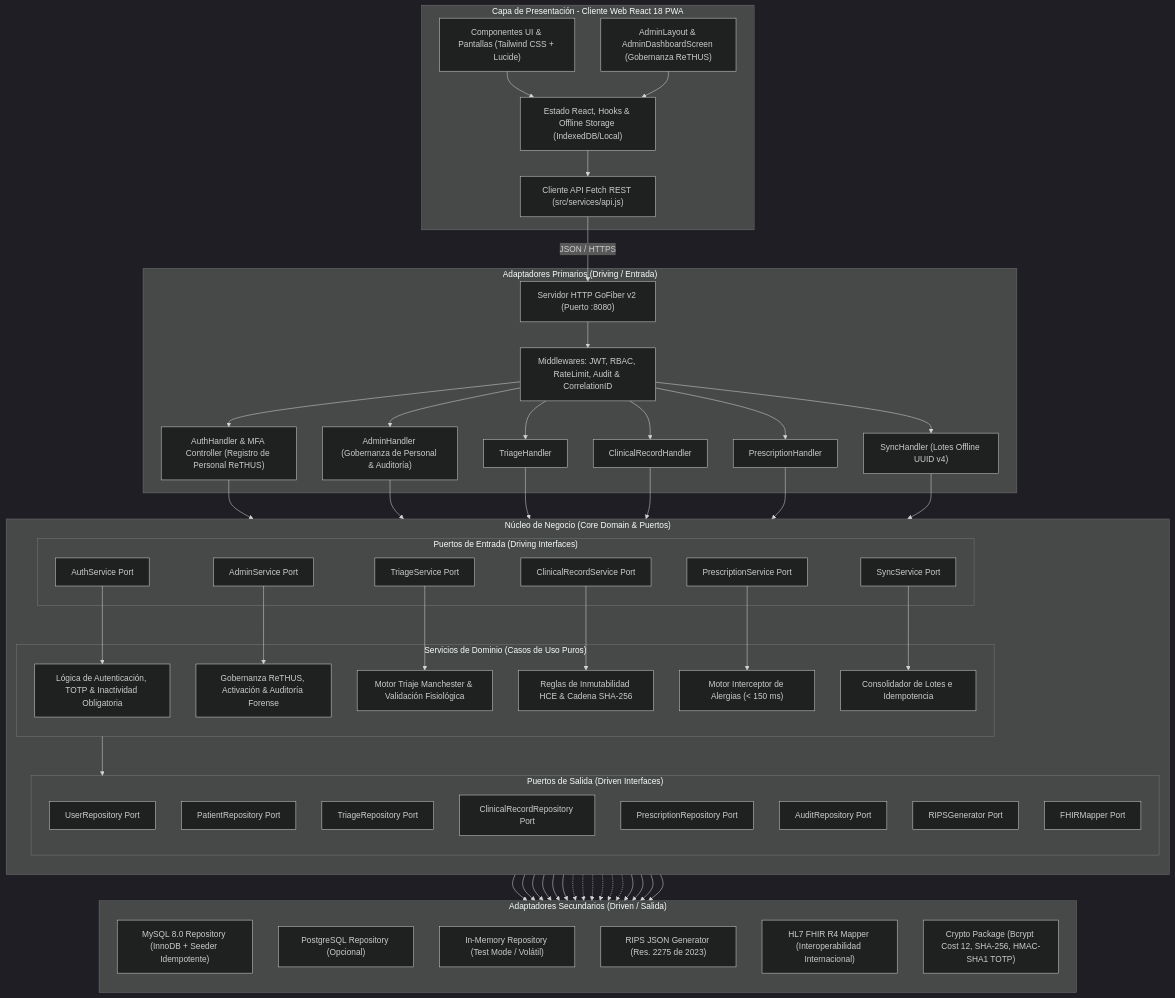
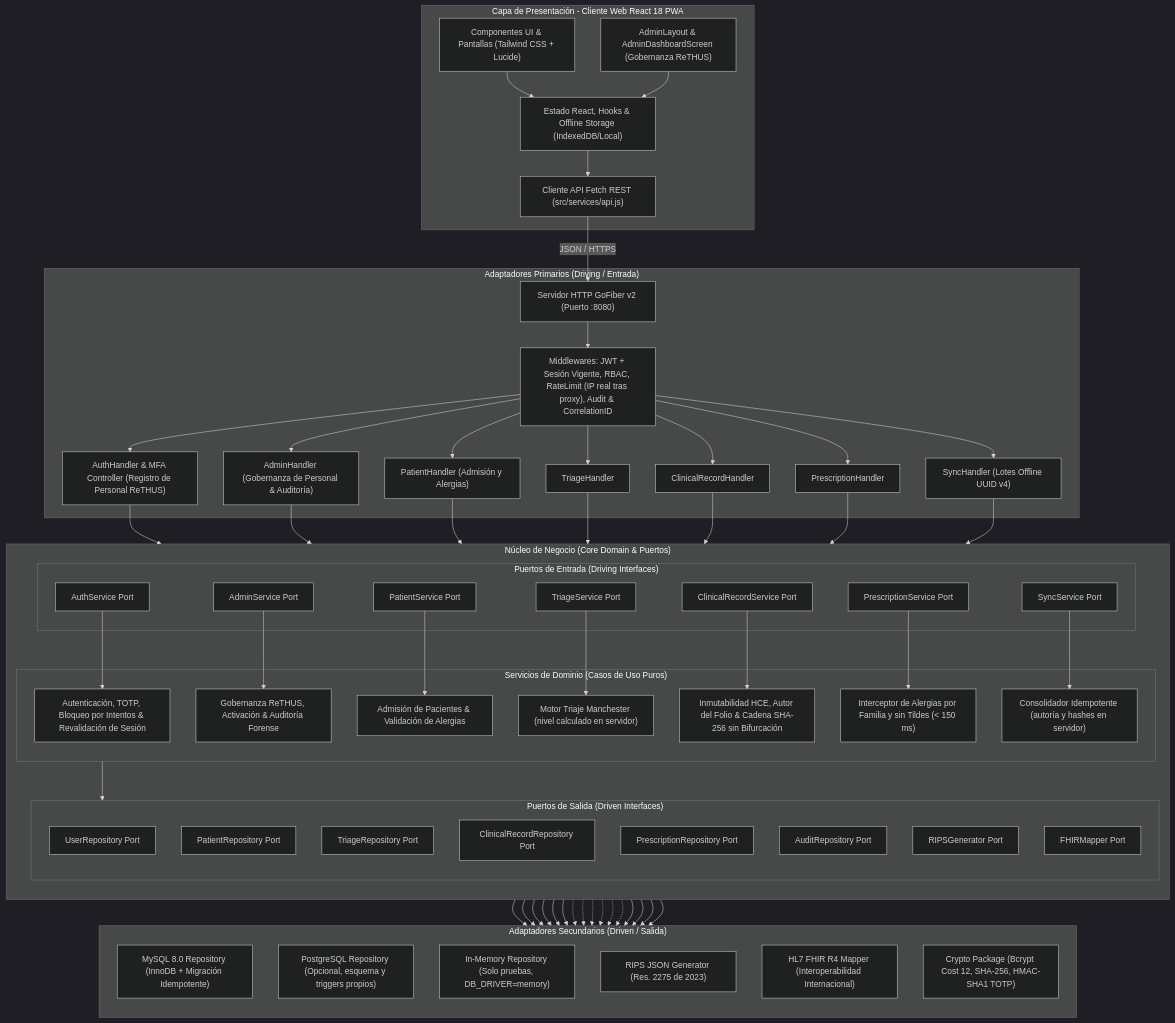
The second of 8 diagrams in README.md (ThiagoVelez/Proyecto_felipe), drawn with Mermaid (dark theme) before and after one commit. The commit also changed other lines of this file and 39 other files, not shown here.

First line of the commit message:
docs: actualizar readme, documentos tecnicos y diagramas tras la auditoria de seguridad

```diff
--- a/README.md
+++ b/README.md
@@ -171,11 +184,12 @@
         FiberServer["Servidor HTTP GoFiber v2 (Puerto :8080)"]
         AuthHandler["AuthHandler & MFA Controller (Registro de Personal ReTHUS)"]
         AdminHandler["AdminHandler (Gobernanza de Personal & Auditoría)"]
+        PatientHandler["PatientHandler (Admisión y Alergias)"]
         TriageHandler["TriageHandler"]
         RecordHandler["ClinicalRecordHandler"]
         PrescHandler["PrescriptionHandler"]
         SyncHandler["SyncHandler (Lotes Offline UUID v4)"]
-        Middlewares["Middlewares: JWT, RBAC, RateLimit, Audit & CorrelationID"]
+        Middlewares["Middlewares: JWT + Sesión Vigente, RBAC, RateLimit (IP real tras proxy), Audit & CorrelationID"]
     end
 
     subgraph CoreHexagon ["Núcleo de Negocio (Core Domain & Puertos)"]
@@ -183,6 +197,7 @@
         subgraph InPorts ["Puertos de Entrada (Driving Interfaces)"]
             AuthServicePort["AuthService Port"]
             AdminServicePort["AdminService Port"]
+            PatientServicePort["PatientService Port"]
             TriageServicePort["TriageService Port"]
             RecordServicePort["ClinicalRecordService Port"]
             PrescServicePort["PrescriptionService Port"]
@@ -190,12 +205,13 @@
         end
 
         subgraph DomainServices ["Servicios de Dominio (Casos de Uso Puros)"]
-            AuthLogic["Lógica de Autenticación, TOTP & Inactividad Obligatoria"]
+            AuthLogic["Autenticación, TOTP, Bloqueo por Intentos & Revalidación de Sesión"]
             AdminLogic["Gobernanza ReTHUS, Activación & Auditoría Forense"]
-            ManchesterEngine["Motor Triaje Manchester & Validación Fisiológica"]
-            HCEImmutability["Reglas de Inmutabilidad HCE & Cadena SHA-256"]
-            AllergyInterceptor["Motor Interceptor de Alergias (< 150 ms)"]
-            SyncIdempotency["Consolidador de Lotes e Idempotencia"]
+            PatientLogic["Admisión de Pacientes & Validación de Alergias"]
+            ManchesterEngine["Motor Triaje Manchester (nivel calculado en servidor)"]
+            HCEImmutability["Inmutabilidad HCE, Autor del Folio & Cadena SHA-256 sin Bifurcación"]
+            AllergyInterceptor["Interceptor de Alergias por Familia y sin Tildes (< 150 ms)"]
+            SyncIdempotency["Consolidador Idempotente (autoría y hashes en servidor)"]
         end
 
         subgraph OutPorts ["Puertos de Salida (Driven Interfaces)"]
@@ -212,9 +228,9 @@
 
     subgraph SecondaryAdapters ["Adaptadores Secundarios (Driven / Salida)"]
         direction TB
-        MySQLAdapter["MySQL 8.0 Repository (InnoDB + Seeder Idempotente)"]
-        PostgresAdapter["PostgreSQL Repository (Opcional)"]
-        MemoryAdapter["In-Memory Repository (Test Mode / Volátil)"]
+        MySQLAdapter["MySQL 8.0 Repository (InnoDB + Migración Idempotente)"]
+        PostgresAdapter["PostgreSQL Repository (Opcional, esquema y triggers propios)"]
+        MemoryAdapter["In-Memory Repository (Solo pruebas, DB_DRIVER=memory)"]
         RIPSJsonAdapter["RIPS JSON Generator (Res. 2275 de 2023)"]
         HL7FHIRAdapter["HL7 FHIR R4 Mapper (Interoperabilidad Internacional)"]
         CryptoAdapter["Crypto Package (Bcrypt Cost 12, SHA-256, HMAC-SHA1 TOTP)"]
@@ -224,6 +240,7 @@
     FiberServer --> Middlewares
     Middlewares --> AuthHandler
     Middlewares --> AdminHandler
+    Middlewares --> PatientHandler
     Middlewares --> TriageHandler
     Middlewares --> RecordHandler
     Middlewares --> PrescHandler
@@ -231,6 +248,7 @@
 
     AuthHandler --> AuthServicePort
     AdminHandler --> AdminServicePort
+    PatientHandler --> PatientServicePort
     TriageHandler --> TriageServicePort
     RecordHandler --> RecordServicePort
     PrescHandler --> PrescServicePort
@@ -238,6 +256,7 @@
 
     AuthServicePort --> AuthLogic
     AdminServicePort --> AdminLogic
+    PatientServicePort --> PatientLogic
     TriageServicePort --> ManchesterEngine
     RecordServicePort --> HCEImmutability
     PrescServicePort --> AllergyInterceptor
```
